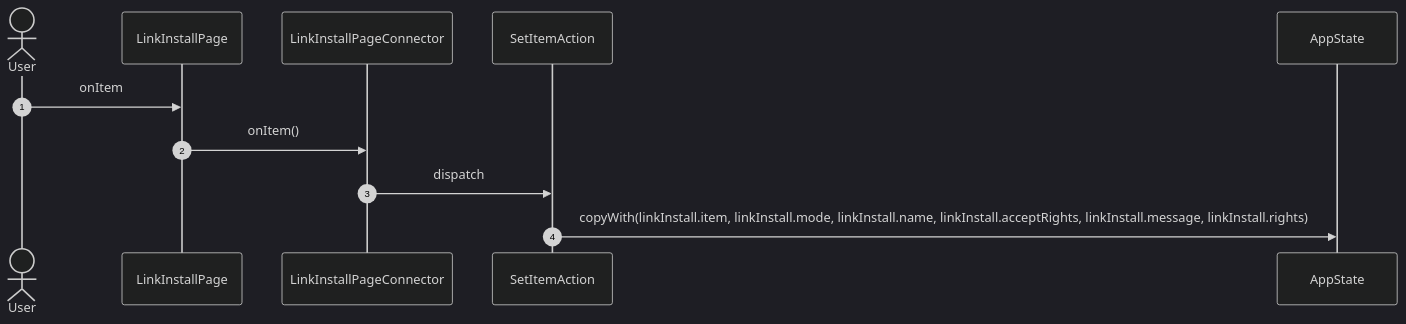
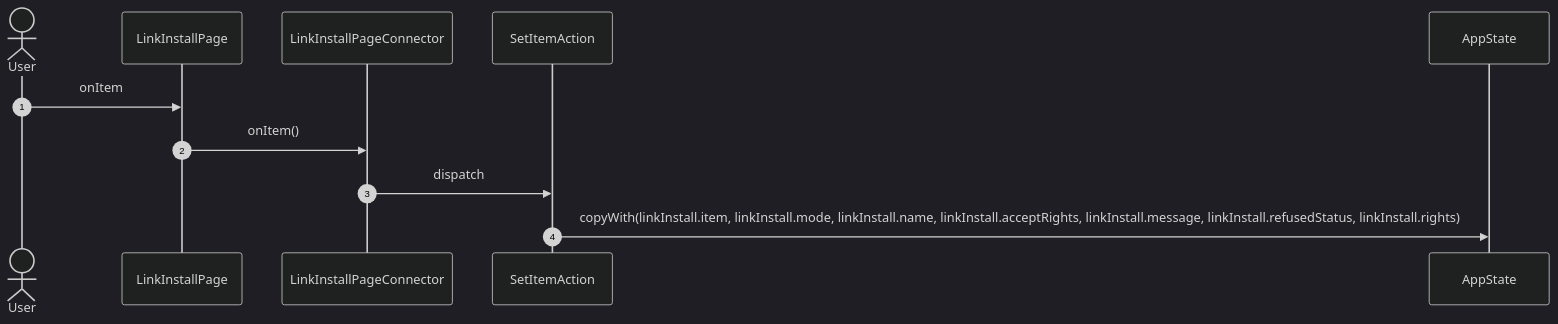
The fifth of 17 diagrams in studio/docs/flows/linkInstall.md (gencto/wyrm), drawn with Mermaid (dark theme) before and after one commit. The commit also changed other lines of this file and 16 other files, not shown here.

First line of the commit message:
studio: audit of #137 (8, 11): rule record-type; an install's refusal status is carried apart from the broker's words

````diff
--- a/studio/docs/flows/linkInstall.md
+++ b/studio/docs/flows/linkInstall.md
@@ -73,14 +73,14 @@
 ```mermaid
 sequenceDiagram
     autonumber
     actor User
     participant UI as LinkInstallPage
     participant VM as LinkInstallPageConnector
     participant A1 as SetItemAction
     participant ST as AppState
 
     User->>UI: onItem
     UI->>VM: onItem()
     VM->>A1: dispatch
-    A1->>ST: copyWith(linkInstall.item, linkInstall.mode, linkInstall.name, linkInstall.acceptRights, linkInstall.message, linkInstall.rights)
+    A1->>ST: copyWith(linkInstall.item, linkInstall.mode, linkInstall.name, linkInstall.acceptRights, linkInstall.message, linkInstall.refusedStatus, linkInstall.rights)
 ```
````
